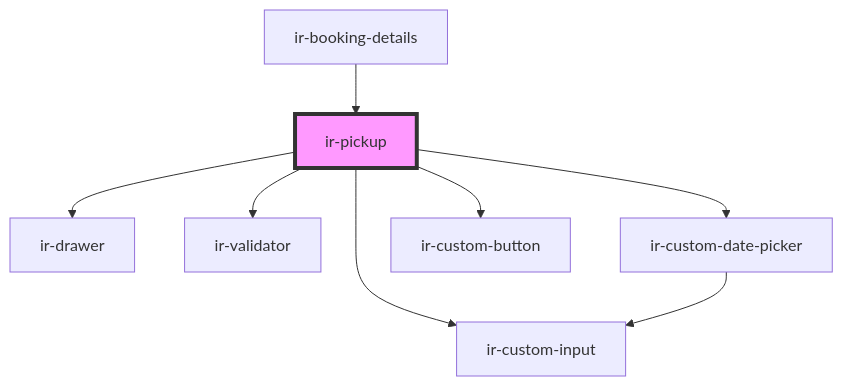
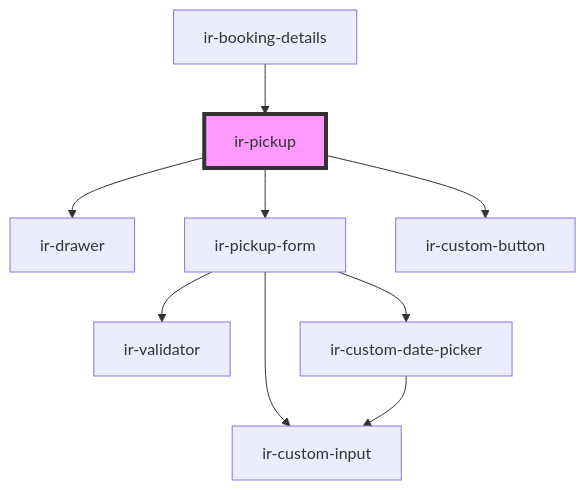
The diagram in src/components/ir-booking-details/ir-pickup/readme.md (David1Chowaifaty/modified-ir-webcmp), drawn with Mermaid before and after one commit. The commit also changed other lines of this file and 35 other files, not shown here.

First line of the commit message:
Add InvoicableItemType and update InvoicableItemSchema for type safety

````diff
--- a/src/components/ir-booking-details/ir-pickup/readme.md
+++ b/src/components/ir-booking-details/ir-pickup/readme.md
@@ -42,11 +39,12 @@
 ```mermaid
 graph TD;
   ir-pickup --> ir-drawer
-  ir-pickup --> ir-validator
-  ir-pickup --> ir-custom-date-picker
-  ir-pickup --> ir-custom-input
+  ir-pickup --> ir-pickup-form
   ir-pickup --> ir-custom-button
+  ir-pickup-form --> ir-validator
+  ir-pickup-form --> ir-custom-date-picker
+  ir-pickup-form --> ir-custom-input
   ir-custom-date-picker --> ir-custom-input
   ir-booking-details --> ir-pickup
   style ir-pickup fill:#f9f,stroke:#333,stroke-width:4px
 ```
````
